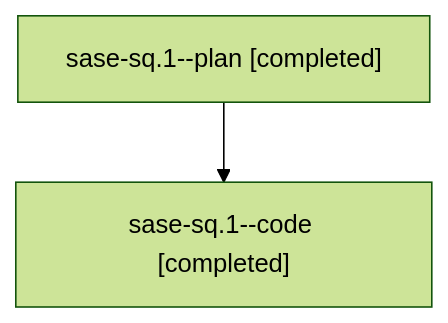
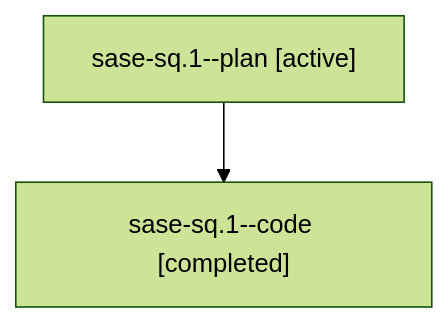
One commit to sase-org/sase--agents changed the diagram in families/bbugyi200.athena.sase-sq.1.md. Above: the diagram before and after it, drawn with Mermaid (forest theme). The commit also changed other lines of this file and 35830 other files, not shown here.

````diff
--- a/families/bbugyi200.athena.sase-sq.1.md
+++ b/families/bbugyi200.athena.sase-sq.1.md
@@ -9,6 +9,6 @@
 ```mermaid
 flowchart TD
-  n0["sase-sq.1--plan [completed]"]
+  n0["sase-sq.1--plan [active]"]
   n1["sase-sq.1--code [completed]"]
   n0 --> n1
 ```
````
